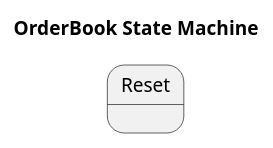
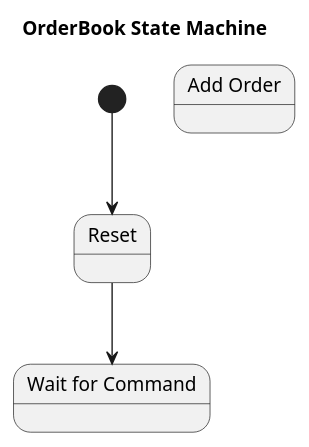
Before and after one commit to fpganow/OrderBook: the diagram in diagrams/OrderBook.State.Machine.plantuml, drawn with PlantUML. The commit also changed 1 other file, not shown here.

```diff
--- a/diagrams/OrderBook.State.Machine.plantuml
+++ b/diagrams/OrderBook.State.Machine.plantuml
@@ -1,64 +1,83 @@
 @startuml OrderBook State Machine
 
 title OrderBook State Machine
 
+/'
+Input Signals
+  OrderBook.Command
+  Reset
+  OrderBook.Command.Valid
+  Ready.For.OrderBook.Result
+Output Signals
+  OrderBook.Result
+  OrderBook.Result.Valid
+  Ready.For.OrderBook.Command
+Signals
+'/
+
 state "Reset" as Reset
-'[*] --> Rsuh
+state "Wait for Command" as Wait
+state "Add Order" as Add_Order
+
+
+
+[*] --> Reset
+Reset --> Wait
 
 'state "Read Sequenced Unit Header" as Rsuh: Read 8 bytes
 'state "Read Sequenced Unit Header" as Rsuh: Save Hdr Length
 'state "Read Sequenced Unit Header" as Rsuh: Hdr Length = (msg_buffer[0] << 8 | msg_buffer[1])
 'Rsuh --> Rmsg : Read 2 bytes
 
 /'
 state "Read Message Type and Length" as Rmsg: Message Length = msg_buffer[0]
 state "Read Message Type and Length" as Rmsg: Message Type = msg_buffer[1]
 Rmsg --> Read_Time
 Read_Time --> Save_Time
 Save_Time -> Rmsg
 Rmsg --> Read_Add_Order
 Read_Add_Order --> SOO
 Rmsg --> Read_Order_Executed
 Read_Order_Executed --> SOO
 Rmsg --> Read_Reduce_Size
 Read_Reduce_Size --> SOO
 Rmsg --> Read_Modify_Order
 Read_Modify_Order --> SOO
 Rmsg --> Read_Delete_Order
 Read_Delete_Order --> SOO
 
 SOO -> Rmsg
 
 state "Read Time" as Read_Time: seconds since midnight (4 bytes)
 state "Read Time" as Read_Time: Time = (msg_buffer[0] << 24) | (msg_buffer[1] << 16) |
 state "Read Time" as Read_Time:     (msg_buffer[2] << 8) | (msg_buffer[3])
 
 state "Read Add Order" as Read_Add_Order: 3 sub-types
 state "Read Add Order" as Read_Add_Order: Add Order (long)
 state "Read Add Order" as Read_Add_Order: Add Order (short)
 state "Read Add Order" as Read_Add_Order: Add Order (expanded)
 
 state "Read Order Executed" as Read_Order_Executed: 2 sub-types
 state "Read Order Executed" as Read_Order_Executed: Order Executed 
 state "Read Order Executed" as Read_Order_Executed: Order Executed at Price/Size
 
 state "Read Reduce Size" as Read_Reduce_Size: 2 sub-types
 state "Read Reduce Size" as Read_Reduce_Size: Reduce Size (short)
 state "Read Reduce Size" as Read_Reduce_Size: Reduce Size (long)
 
 state "Read Modify Order" as Read_Modify_Order: 2 sub-types
 state "Read Modify Order" as Read_Modify_Order: Modify (short)
 state "Read Modify Order" as Read_Modify_Order: Modify (long)
 
 state "Save/Reset Time" as Save_Time: Reset clock
 state "Send to Order Book" as SOO: Send normalized format to Order Book
 
 SOO --> [*]
 '/
 
 'state ProcessingTask {
 '  [*] --> long1
 '  long1 --> ProcessData : Enough Data
 '}
 'ProcessingTask -> [*]
 @enduml
```
